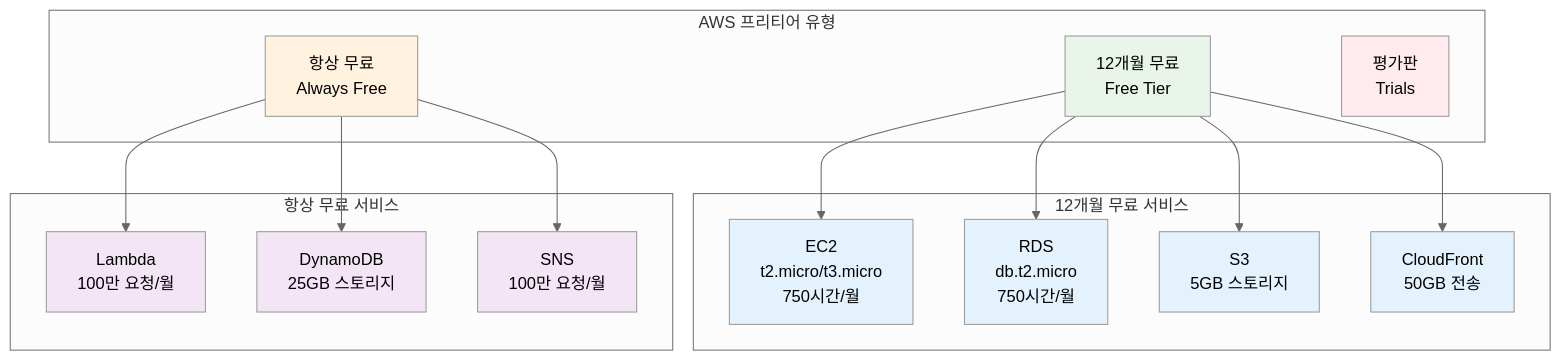
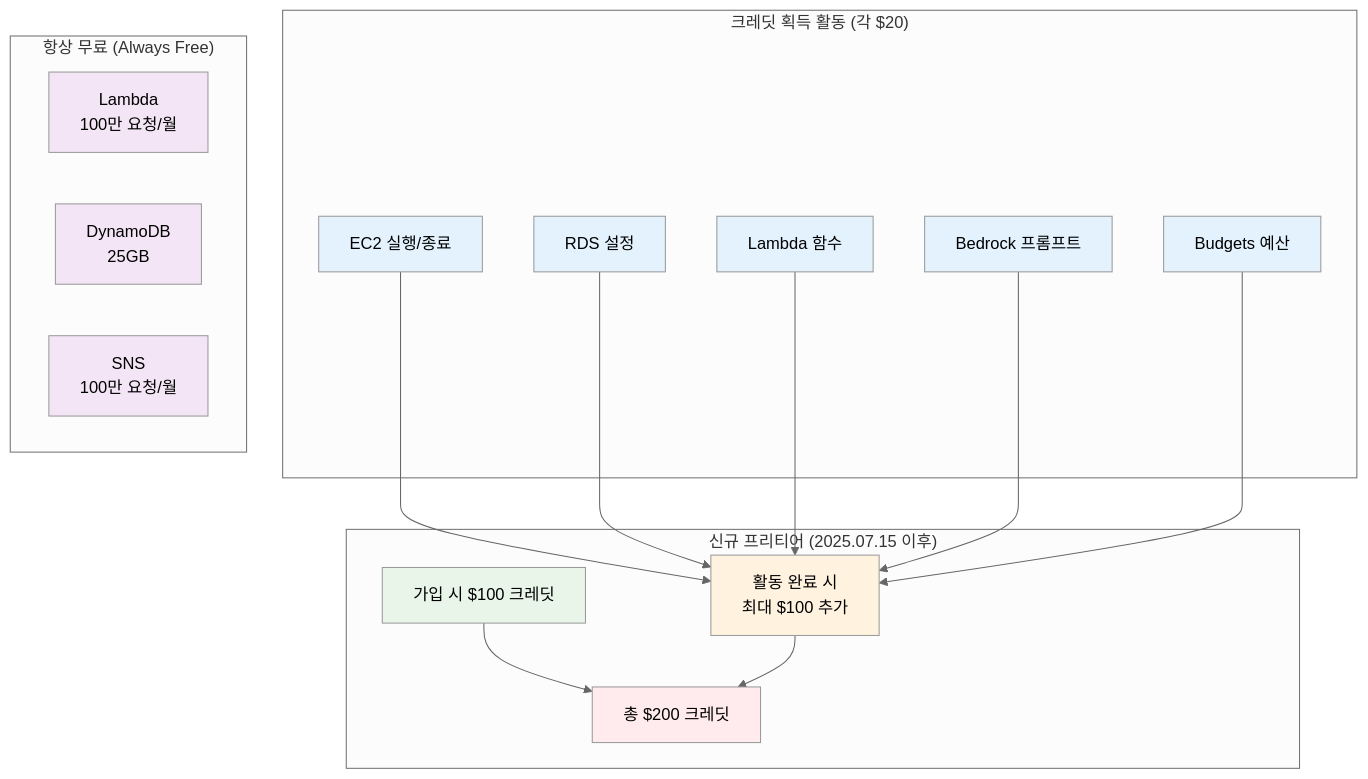
Diagram 11 of 11 in theory/week_05/day1/session_1.md (niceguy61/kdt_devops_lecture_2025), drawn with Mermaid (neutral theme) before and after one commit. The commit also changed other lines of this file and 1 other file, not shown here.

Commit message:
aws free tier 정책 업데이트

````diff
--- a/theory/week_05/day1/session_1.md
+++ b/theory/week_05/day1/session_1.md
@@ -454,41 +482,43 @@
 ```mermaid
 graph TB
-    subgraph "AWS 프리티어 유형"
-        A[12개월 무료<br/>Free Tier]
-        B[항상 무료<br/>Always Free]
-        C[평가판<br/>Trials]
+    subgraph "신규 프리티어 (2025.07.15 이후)"
+        A[가입 시 $100 크레딧]
+        B[활동 완료 시<br/>최대 $100 추가]
+        C[총 $200 크레딧]
     end
     
-    subgraph "12개월 무료 서비스"
-        D[EC2<br/>t2.micro/t3.micro<br/>750시간/월]
-        E[RDS<br/>db.t2.micro<br/>750시간/월]
-        F[S3<br/>5GB 스토리지]
-        G[CloudFront<br/>50GB 전송]
+    subgraph "크레딧 획득 활동 (각 $20)"
+        D[EC2 실행/종료]
+        E[RDS 설정]
+        F[Lambda 함수]
+        G[Bedrock 프롬프트]
+        H[Budgets 예산]
     end
     
-    subgraph "항상 무료 서비스"
-        H[Lambda<br/>100만 요청/월]
-        I[DynamoDB<br/>25GB 스토리지]
-        J[SNS<br/>100만 요청/월]
+    subgraph "항상 무료 (Always Free)"
+        I[Lambda<br/>100만 요청/월]
+        J[DynamoDB<br/>25GB]
+        K[SNS<br/>100만 요청/월]
     end
     
-    A --> D
-    A --> E
-    A --> F
-    A --> G
+    A --> C
+    B --> C
     
-    B --> H
-    B --> I
-    B --> J
+    D --> B
+    E --> B
+    F --> B
+    G --> B
+    H --> B
     
     style A fill:#e8f5e8
     style B fill:#fff3e0
     style C fill:#ffebee
     style D fill:#e3f2fd
     style E fill:#e3f2fd
     style F fill:#e3f2fd
     style G fill:#e3f2fd
-    style H fill:#f3e5f5
+    style H fill:#e3f2fd
     style I fill:#f3e5f5
     style J fill:#f3e5f5
+    style K fill:#f3e5f5
 ```
````
